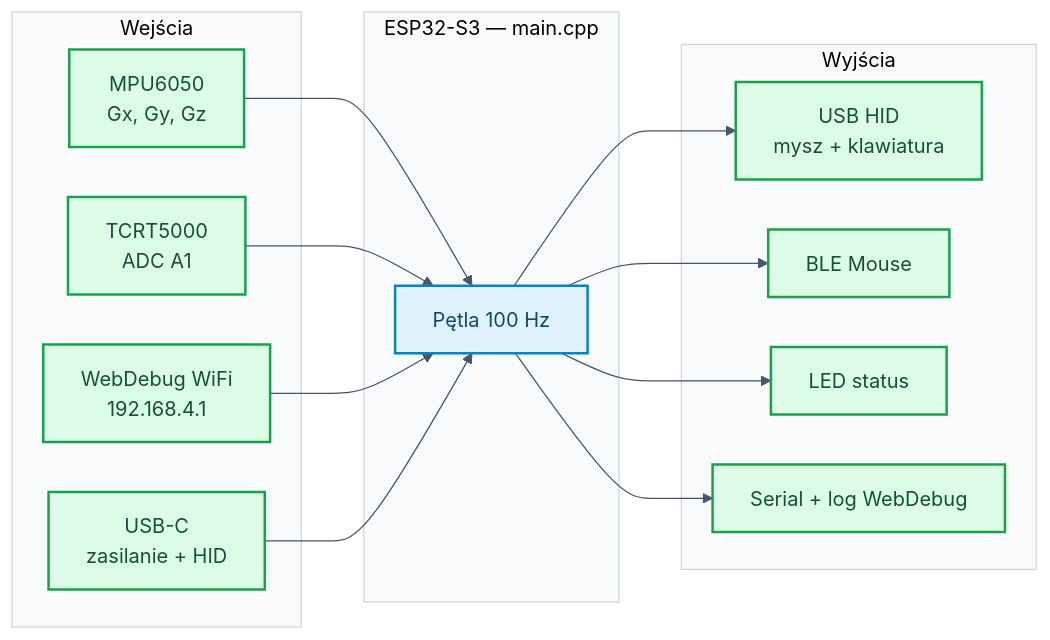
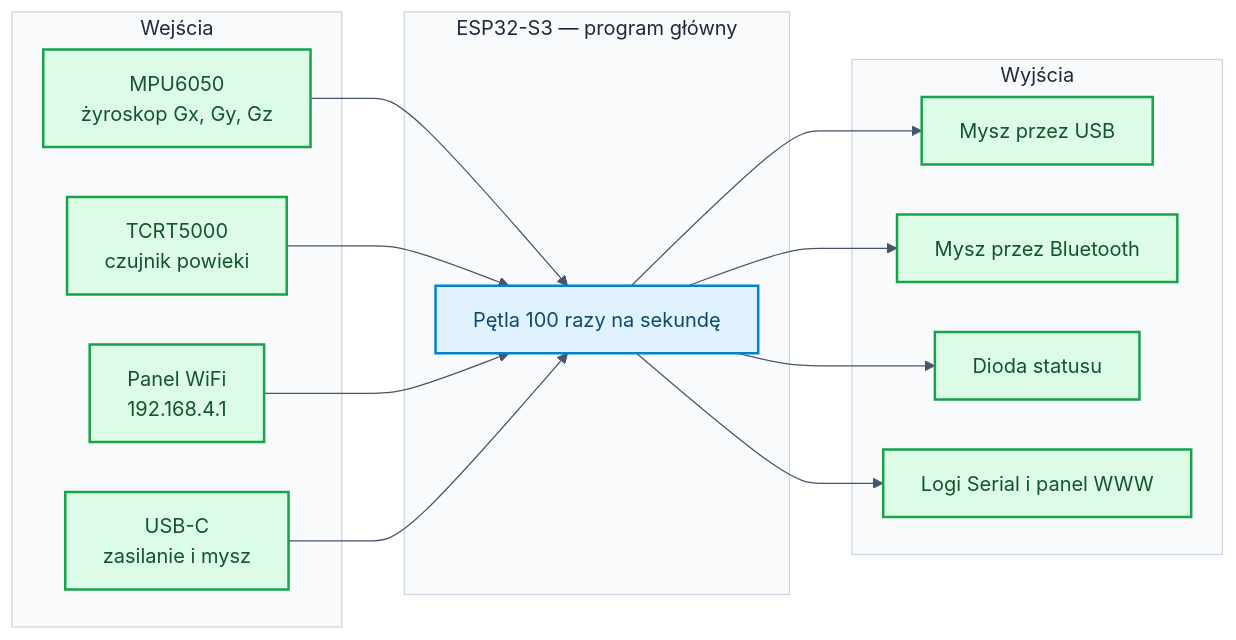
The first of 10 diagrams in README.md (bartkadres-ai/HEFAS-4.0), drawn with Mermaid before and after one commit. The commit also changed other lines of this file, not shown here.

````diff
--- a/README.md
+++ b/README.md
@@ -285,35 +285,35 @@
 ```mermaid
-%%{init: {'theme':'base','themeVariables':{'background':'#ffffff','mainBkg':'#ffffff','primaryColor':'#ffffff','primaryTextColor':'#1e293b','primaryBorderColor':'#64748b','lineColor':'#475569','clusterBkg':'#f8fafc','clusterBorder':'#cbd5e1','edgeLabelBackground':'#ffffff'},'flowchart':{'curve':'basis','nodeSpacing':40,'rankSpacing':50}}}%%
+%%{init: {"theme":"base","themeVariables":{"background":"#ffffff","mainBkg":"#ffffff","secondaryColor":"#ffffff","tertiaryColor":"#ffffff","primaryColor":"#ffffff","primaryTextColor":"#1e293b","secondaryTextColor":"#1e293b","tertiaryTextColor":"#1e293b","primaryBorderColor":"#64748b","lineColor":"#475569","clusterBkg":"#f8fafc","clusterBorder":"#cbd5e1","edgeLabelBackground":"#ffffff","textColor":"#1e293b"},"themeCSS":".mermaid,.mermaid svg{background-color:#ffffff!important;padding:8px}.nodeLabel,.edgeLabel,.label,.cluster-label{color:#1e293b!important}.cluster rect{fill:#f8fafc!important;stroke:#cbd5e1!important}","flowchart":{"curve":"basis","nodeSpacing":40,"rankSpacing":50}}}%%
 flowchart LR
     subgraph WEJ["Wejścia"]
-        IMU["MPU6050<br/>Gx, Gy, Gz"]
-        IR["TCRT5000<br/>ADC A1"]
-        WEB["WebDebug WiFi<br/>192.168.4.1"]
-        USBIN["USB-C<br/>zasilanie + HID"]
+        IMU["MPU6050<br/>żyroskop Gx, Gy, Gz"]
+        IR["TCRT5000<br/>czujnik powieki"]
+        WEB["Panel WiFi<br/>192.168.4.1"]
+        USBIN["USB-C<br/>zasilanie i mysz"]
     end
 
-    subgraph MCU["ESP32-S3 — main.cpp"]
-        LOOP["Pętla 100 Hz"]
+    subgraph MCU["ESP32-S3 — program główny"]
+        LOOP["Pętla 100 razy na sekundę"]
     end
 
     subgraph WYJ["Wyjścia"]
-        HID["USB HID<br/>mysz + klawiatura"]
-        BLE["BLE Mouse"]
-        LED["LED status"]
-        LOG["Serial + log WebDebug"]
+        HID["Mysz przez USB"]
+        BLE["Mysz przez Bluetooth"]
+        LED["Dioda statusu"]
+        LOG["Logi Serial i panel WWW"]
     end
 
     IMU --> LOOP
     IR --> LOOP
     WEB --> LOOP
     USBIN --> LOOP
     LOOP --> HID
     LOOP --> BLE
     LOOP --> LED
     LOOP --> LOG
 
     classDef io fill:#dcfce7,stroke:#16a34a,stroke-width:2px,color:#14532d
     classDef core fill:#e0f2fe,stroke:#0284c7,stroke-width:2px,color:#0c4a6e
     class IMU,IR,WEB,USBIN,HID,BLE,LED,LOG io
     class LOOP core
 ```
````
